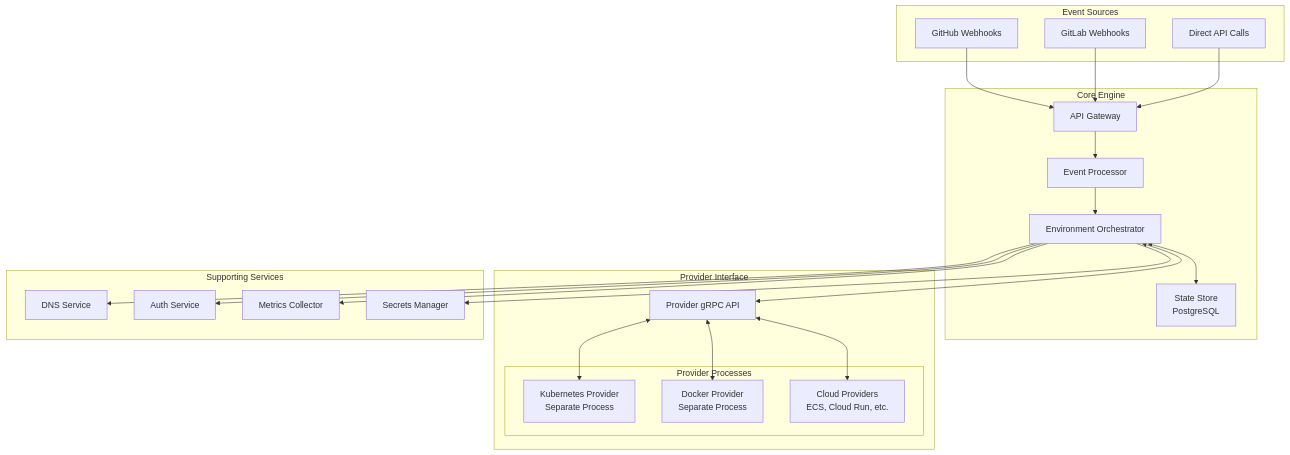
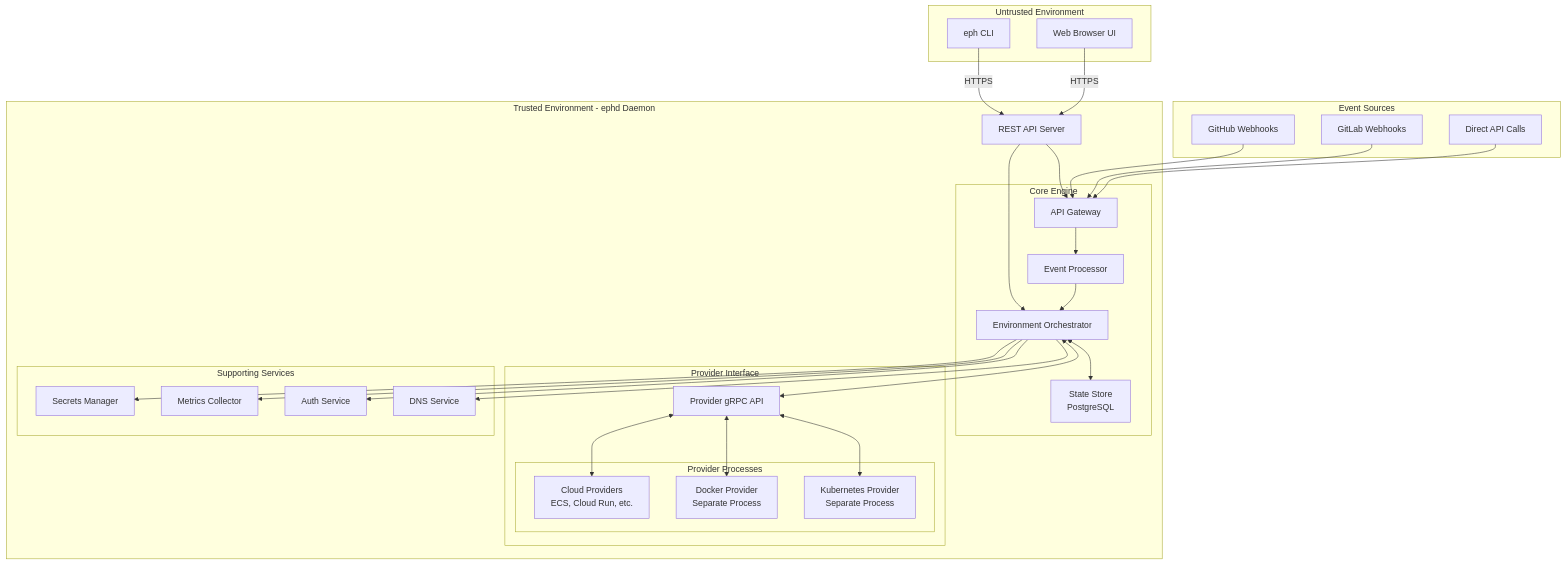
Before and after one commit to ephlabs/eph: the first of 4 diagrams in docs/architecture-plan.md, drawn with Mermaid. The commit also changed other lines of this file, not shown here.

First line of the commit message:
Refactors architecture visualization and REST API design

````diff
--- a/docs/architecture-plan.md
+++ b/docs/architecture-plan.md
@@ -64,50 +64,64 @@
 ```mermaid
 graph TB
+    subgraph "Untrusted Environment"
+        CLI[eph CLI]
+        WebUI[Web Browser UI]
+    end
+
     subgraph "Event Sources"
         GH[GitHub Webhooks]
         GL[GitLab Webhooks]
         API[Direct API Calls]
     end
     
-    subgraph "Core Engine"
-        Gateway[API Gateway]
-        Events[Event Processor]
-        Orchestrator[Environment Orchestrator]
-        State[State Store<br/>PostgreSQL]
+    subgraph "Trusted Environment - ephd Daemon"
+        RestAPI[REST API Server]
         
-        Gateway --> Events
-        Events --> Orchestrator
-        Orchestrator <--> State
+        subgraph "Core Engine"
+            Gateway[API Gateway]
+            Events[Event Processor]
+            Orchestrator[Environment Orchestrator]
+            State[State Store<br/>PostgreSQL]
+            
+            Gateway --> Events
+            Events --> Orchestrator
+            Orchestrator <--> State
+        end
+        
+        subgraph "Provider Interface"
+            ProviderAPI[Provider gRPC API]
+            
+            subgraph "Provider Processes"
+                K8sProvider[Kubernetes Provider<br/>Separate Process]
+                DockerProvider[Docker Provider<br/>Separate Process]
+                CloudProviders[Cloud Providers<br/>ECS, Cloud Run, etc.]
+            end
+            
+            Orchestrator <--> ProviderAPI
+            ProviderAPI <--> K8sProvider
+            ProviderAPI <--> DockerProvider
+            ProviderAPI <--> CloudProviders
+        end
+        
+        subgraph "Supporting Services"
+            DNS[DNS Service]
+            Auth[Auth Service]
+            Metrics[Metrics Collector]
+            Secrets[Secrets Manager]
+        end
+        
+        RestAPI --> Gateway
+        RestAPI --> Orchestrator
     end
     
-    subgraph "Provider Interface"
-        ProviderAPI[Provider gRPC API]
-        
-        subgraph "Provider Processes"
-            K8sProvider[Kubernetes Provider<br/>Separate Process]
-            DockerProvider[Docker Provider<br/>Separate Process]
-            CloudProviders[Cloud Providers<br/>ECS, Cloud Run, etc.]
-        end
-        
-        Orchestrator <--> ProviderAPI
-        ProviderAPI <--> K8sProvider
-        ProviderAPI <--> DockerProvider
-        ProviderAPI <--> CloudProviders
-    end
-    
-    subgraph "Supporting Services"
-        DNS[DNS Service]
-        Auth[Auth Service]
-        Metrics[Metrics Collector]
-        Secrets[Secrets Manager]
-    end
-    
+    CLI -- "HTTPS" --> RestAPI
+    WebUI -- "HTTPS" --> RestAPI
     GH --> Gateway
     GL --> Gateway
     API --> Gateway
     
     Orchestrator --> DNS
     Orchestrator --> Auth
     Orchestrator --> Metrics
     Orchestrator --> Secrets
 ```
````
